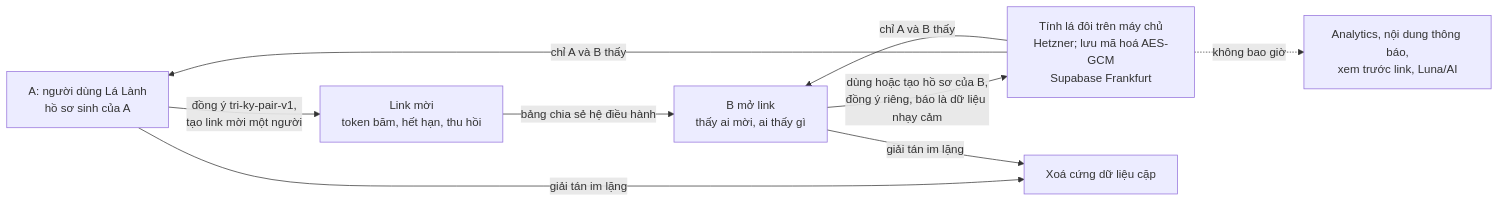
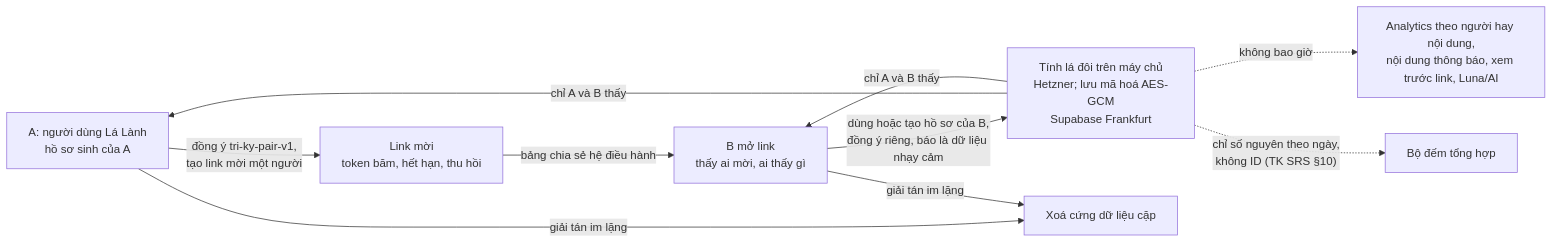
The third of 4 diagrams in docs/legal/2026-10-26-game-line-dpia.md (honghanh153-creator/la-lanh), drawn with Mermaid before and after one commit. The commit also changed other lines of this file and 26 other files, not shown here.

````diff
--- a/docs/legal/2026-10-26-game-line-dpia.md
+++ b/docs/legal/2026-10-26-game-line-dpia.md
@@ -294,11 +301,12 @@
 ```mermaid
 flowchart LR
   A["A: người dùng Lá Lành<br/>hồ sơ sinh của A"] -->|"đồng ý tri-ky-pair-v1,<br/>tạo link mời một người"| L["Link mời<br/>token băm, hết hạn, thu hồi"]
   L -->|"bảng chia sẻ hệ điều hành"| B["B mở link<br/>thấy ai mời, ai thấy gì"]
   B -->|"dùng hoặc tạo hồ sơ của B,<br/>đồng ý riêng, báo là dữ liệu nhạy cảm"| C["Tính lá đôi trên máy chủ<br/>Hetzner; lưu mã hoá AES-GCM<br/>Supabase Frankfurt"]
   C -->|"chỉ A và B thấy"| A
   C -->|"chỉ A và B thấy"| B
   A -->|"giải tán im lặng"| DEL["Xoá cứng dữ liệu cặp"]
   B -->|"giải tán im lặng"| DEL
-  C -.->|"không bao giờ"| NO["Analytics, nội dung thông báo,<br/>xem trước link, Luna/AI"]
+  C -.->|"không bao giờ"| NO["Analytics theo người hay nội dung,<br/>nội dung thông báo, xem trước link, Luna/AI"]
+  C -.->|"chỉ số nguyên theo ngày,<br/>không ID (TK SRS §10)"| CNT["Bộ đếm tổng hợp"]
 ```
````
